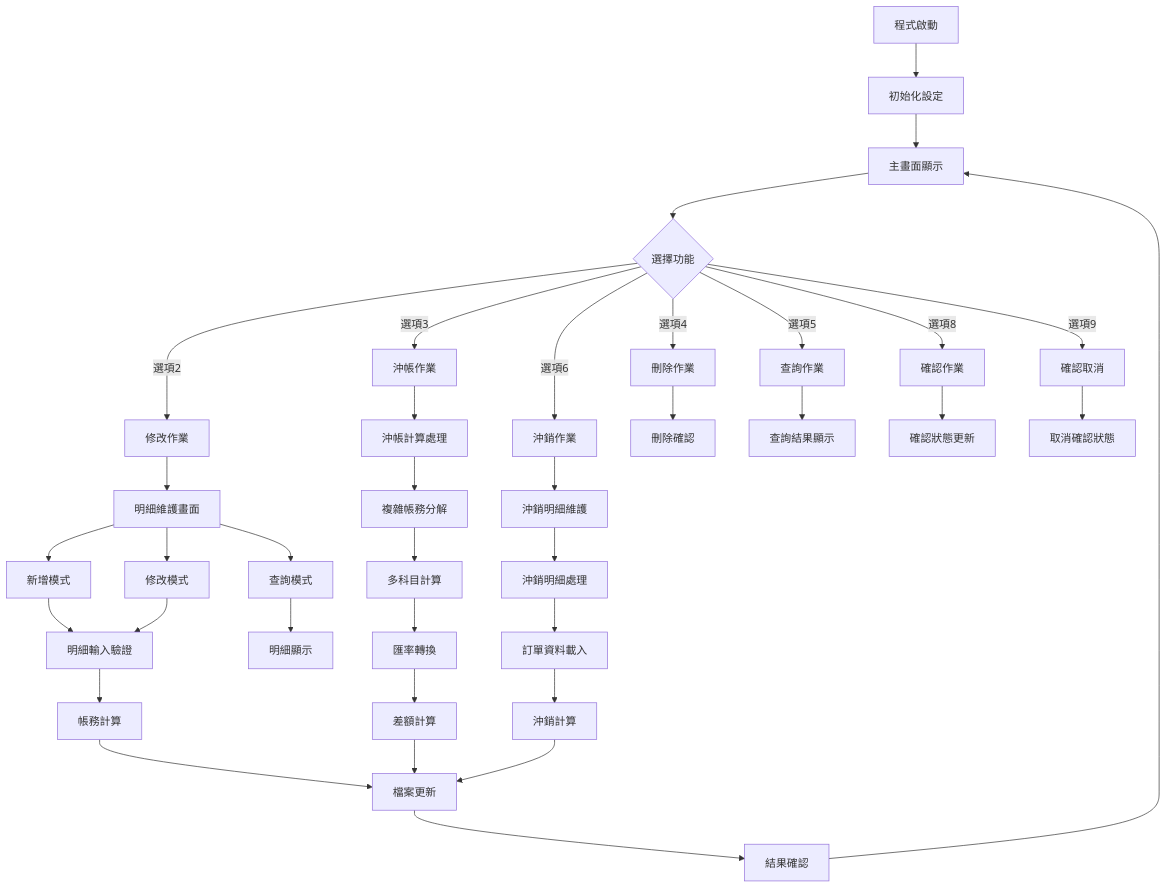
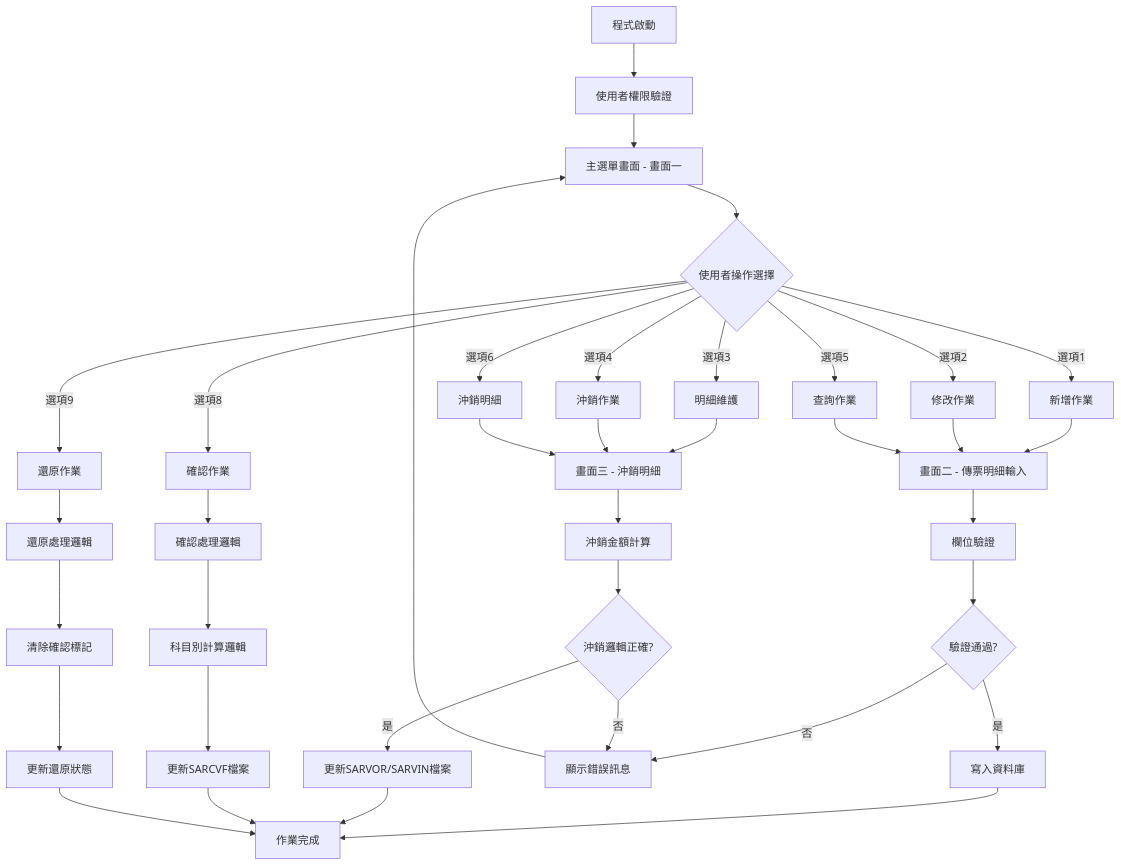
One commit to WK195838/tongkang changed the first of 7 diagrams in 東鋼/規格書/ARE037RN_P02.md. Above: the diagram before and after it, drawn with Mermaid. The commit also changed other lines of this file, not shown here.

````diff
--- a/東鋼/規格書/ARE037RN_P02.md
+++ b/東鋼/規格書/ARE037RN_P02.md
@@ -22,47 +22,45 @@
 ```mermaid
 flowchart TD
-    A[程式啟動] --> B[初始化設定]
-    B --> C[主畫面顯示]
-    C --> D{選擇功能}
+    A[程式啟動] --> B[使用者權限驗證]
+    B --> C[主選單畫面 - 畫面一]
+    C --> D{使用者操作選擇}
     
-    D -->|選項2| E[修改作業]
-    D -->|選項3| F[沖帳作業]
-    D -->|選項4| G[刪除作業]
-    D -->|選項5| H[查詢作業]
-    D -->|選項6| I[沖銷作業]
-    D -->|選項8| J[確認作業]
-    D -->|選項9| K[確認取消]
+    D -->|選項1| E[新增作業]
+    D -->|選項2| F[修改作業] 
+    D -->|選項3| G[明細維護]
+    D -->|選項4| H[沖銷作業]
+    D -->|選項5| I[查詢作業]
+    D -->|選項6| J[沖銷明細]
+    D -->|選項8| K[確認作業]
+    D -->|選項9| L[還原作業]
     
-    E --> L[明細維護畫面]
-    F --> M[沖帳計算處理]
-    G --> N[刪除確認]
-    H --> O[查詢結果顯示]
-    I --> P[沖銷明細維護]
-    J --> Q[確認狀態更新]
-    K --> R[取消確認狀態]
+    E --> M[畫面二 - 傳票明細輸入]
+    F --> M
+    G --> N[畫面三 - 沖銷明細]
+    H --> N
+    I --> M
+    J --> N
+    K --> O[確認處理邏輯]
+    L --> P[還原處理邏輯]
     
-    L --> S[新增模式]
-    L --> T[修改模式]
-    L --> U[查詢模式]
+    M --> Q[欄位驗證]
+    N --> R[沖銷金額計算]
+    O --> S[科目別計算邏輯]
+    P --> T[清除確認標記]
     
-    S --> V[明細輸入驗證]
-    T --> V
-    U --> W[明細顯示]
+    Q --> U{驗證通過?}
+    R --> V{沖銷邏輯正確?}
+    S --> W[更新SARCVF檔案]
+    T --> X[更新還原狀態]
     
-    V --> X[帳務計算]
-    X --> Y[檔案更新]
+    U -->|是| Y[寫入資料庫]
+    U -->|否| Z[顯示錯誤訊息]
+    V -->|是| AA[更新SARVOR/SARVIN檔案] 
+    V -->|否| Z
     
-    M --> Z[複雜帳務分解]
-    Z --> AA[多科目計算]
-    AA --> AB[匯率轉換]
-    AB --> AC[差額計算]
-    AC --> Y
-    
-    P --> AD[沖銷明細處理]
-    AD --> AE[訂單資料載入]
-    AE --> AF[沖銷計算]
-    AF --> Y
-    
-    Y --> AG[結果確認]
-    AG --> C
+    Y --> BB[作業完成]
+    AA --> BB
+    W --> BB
+    X --> BB
+    Z --> C
 ```
````
